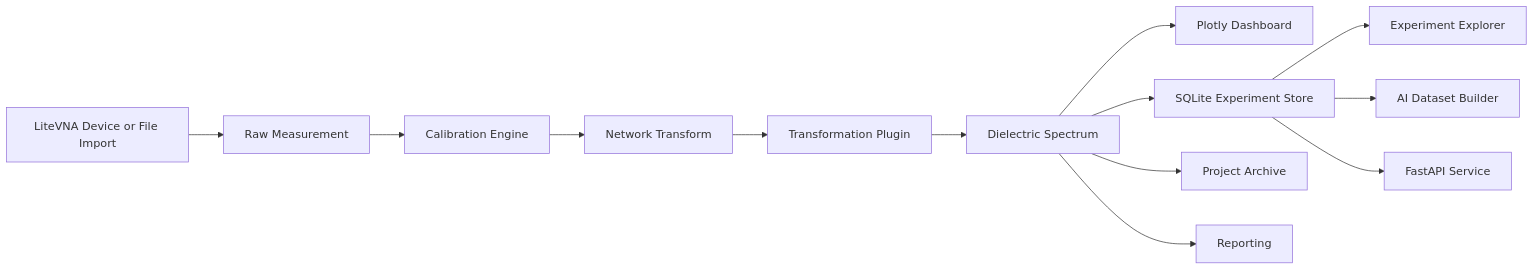
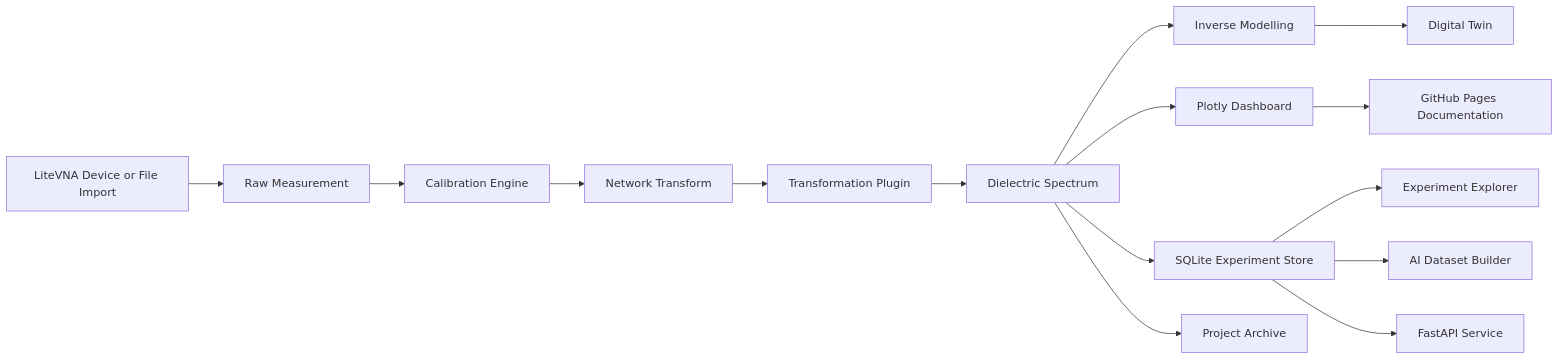
Before and after one commit to DionCroft/LitePerm: the diagram in docs/architecture.md, drawn with Mermaid. The commit also changed other lines of this file and 52 other files, not shown here.

Commit message:
Add GitHub Pages documentation site and web demo

````diff
--- a/docs/architecture.md
+++ b/docs/architecture.md
@@ -3,15 +5,17 @@
 ```mermaid
 flowchart LR
     A[LiteVNA Device or File Import] --> B[Raw Measurement]
     B --> C[Calibration Engine]
     C --> D[Network Transform]
     D --> E[Transformation Plugin]
     E --> F[Dielectric Spectrum]
-    F --> G[Plotly Dashboard]
-    F --> H[SQLite Experiment Store]
-    F --> I[Project Archive]
-    F --> J[Reporting]
-    H --> K[Experiment Explorer]
-    H --> L[AI Dataset Builder]
-    H --> M[FastAPI Service]
+    F --> G[Inverse Modelling]
+    F --> H[Plotly Dashboard]
+    F --> I[SQLite Experiment Store]
+    F --> J[Project Archive]
+    G --> K[Digital Twin]
+    I --> L[Experiment Explorer]
+    I --> M[AI Dataset Builder]
+    I --> N[FastAPI Service]
+    H --> O[GitHub Pages Documentation]
 ```
````
